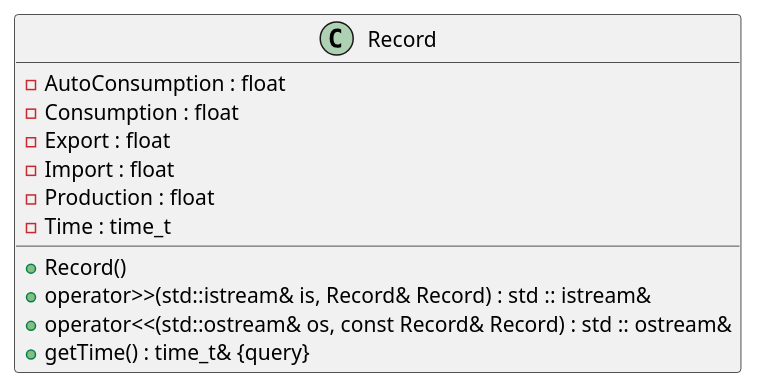
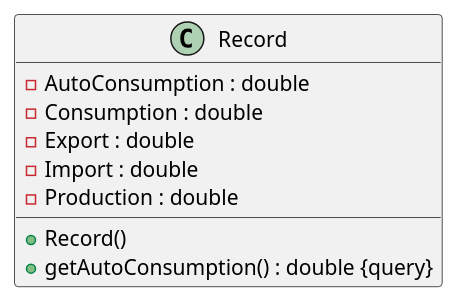
Before and after one commit to MaciejWojs/CSV-Parser: the second of 3 diagrams in inline_umlgraph_pnghtml.pu, drawn with PlantUML. The commit also changed other lines of this file and 75 other files, not shown here.

```diff
--- a/inline_umlgraph_pnghtml.pu
+++ b/inline_umlgraph_pnghtml.pu
@@ -9,15 +9,12 @@
 @startuml inline_umlgraph_3.png
 class Record {
--AutoConsumption : float
--Consumption : float
--Export : float
--Import : float
--Production : float
--Time : time_t
+-AutoConsumption : double
+-Consumption : double
+-Export : double
+-Import : double
+-Production : double
 +Record()
-+operator>>(std::istream& is, Record& Record) : std :: istream&
-+operator<<(std::ostream& os, const Record& Record) : std :: ostream&
-+getTime() : time_t& {query}
++getAutoConsumption() : double {query}
 
 }
 @enduml
```
